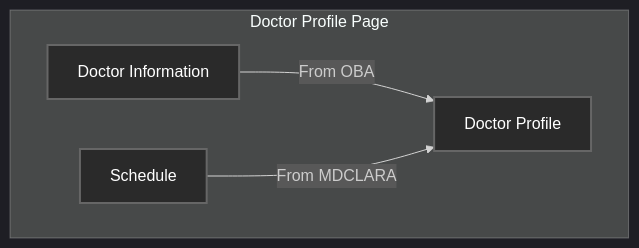
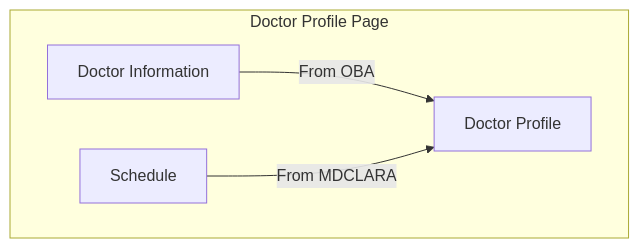
Before and after one commit to MOHAMEDHESMAM8/obahealthclub: the third of 5 diagrams in index.md, drawn with Mermaid. The commit also changed other lines of this file and 3 other files, not shown here.

````diff
--- a/index.md
+++ b/index.md
@@ -85,11 +91,7 @@
 ```mermaid
-%%{init: {'theme': 'dark'}}%%
 graph TD
     subgraph "Doctor Profile Page"
         A[Doctor Information] -->|From OBA| B[Doctor Profile]
         C[Schedule] -->|From MDCLARA| B
     end
-    style A fill:#2A2A2A,stroke:#666,stroke-width:2px,color:#fff
-    style B fill:#2A2A2A,stroke:#666,stroke-width:2px,color:#fff
-    style C fill:#2A2A2A,stroke:#666,stroke-width:2px,color:#fff
 ```
````
